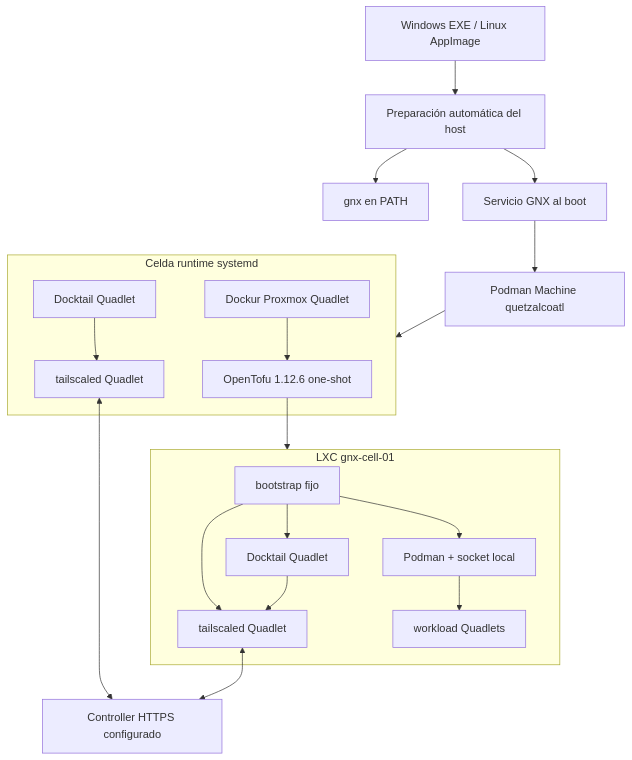
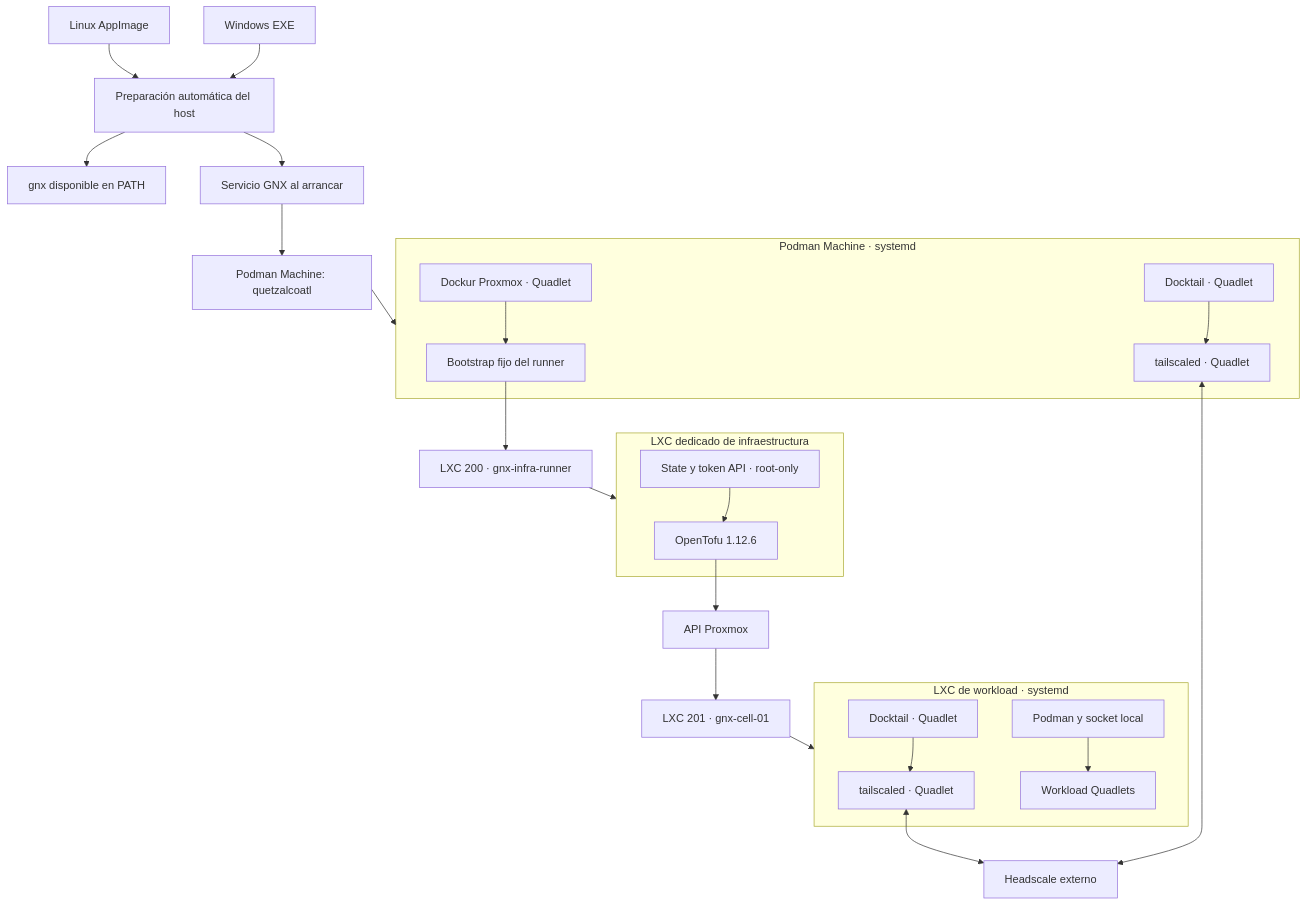
The first of 4 diagrams in docs/architecture.md (mayas-alas/quetzalcoatl), drawn with Mermaid before and after one commit. The commit also changed other lines of this file and 4 other files, not shown here.

Commit message:
docs: publish MVP architecture build guide and tracker

````diff
--- a/docs/architecture.md
+++ b/docs/architecture.md
@@ -16,35 +17,43 @@
 ```mermaid
 flowchart TB
-    ART[Windows EXE / Linux AppImage]
-    PREP[Preparación automática del host]
-    CLI[gnx en PATH]
-    HS[Controller HTTPS configurado]
-    SVC[Servicio GNX al boot]
-    PM[Podman Machine quetzalcoatl]
+    WIN["Windows EXE"] --> PREP["Preparación automática del host"]
+    LIN["Linux AppImage"] --> PREP
+    PREP --> CLI["gnx disponible en PATH"]
+    PREP --> HOST["Servicio GNX al arrancar"]
+    HOST --> PM["Podman Machine: quetzalcoatl"]
 
-    subgraph CELL[Celda runtime systemd]
-        TS[tailscaled Quadlet]
-        DT[Docktail Quadlet]
-        PX[Dockur Proxmox Quadlet]
-        TOFU[OpenTofu 1.12.6 one-shot]
+    subgraph RUNTIME["Podman Machine · systemd"]
+        TS["tailscaled · Quadlet"]
+        DT["Docktail · Quadlet"]
+        PVE["Dockur Proxmox · Quadlet"]
+        BOOT["Bootstrap fijo del runner"]
     end
 
-    subgraph GUEST[LXC gnx-cell-01]
-        INIT[bootstrap fijo]
-        GTS[tailscaled Quadlet]
-        GDT[Docktail Quadlet]
-        GP[Podman + socket local]
-        W[workload Quadlets]
+    PM --> RUNTIME
+    TS <--> HS["Headscale externo"]
+    DT --> TS
+    PVE --> BOOT
+    BOOT --> RUNNER["LXC 200 · gnx-infra-runner"]
+
+    subgraph INFRA["LXC dedicado de infraestructura"]
+        TOFU["OpenTofu 1.12.6"]
+        STATE["State y token API · root-only"]
     end
 
-    ART --> PREP --> CLI
-    PREP --> SVC --> PM --> CELL
-    TS <--> HS
-    DT --> TS
-    PX --> TOFU --> GUEST
-    INIT --> GTS
-    INIT --> GDT
-    INIT --> GP --> W
+    RUNNER --> INFRA
+    STATE --> TOFU
+    TOFU --> API["API Proxmox"]
+    API --> CELL["LXC 201 · gnx-cell-01"]
+
+    subgraph WORKLOAD["LXC de workload · systemd"]
+        GTS["tailscaled · Quadlet"]
+        GDT["Docktail · Quadlet"]
+        POD["Podman y socket local"]
+        Q["Workload Quadlets"]
+    end
+
+    CELL --> WORKLOAD
     GTS <--> HS
     GDT --> GTS
+    POD --> Q
 ```
````
